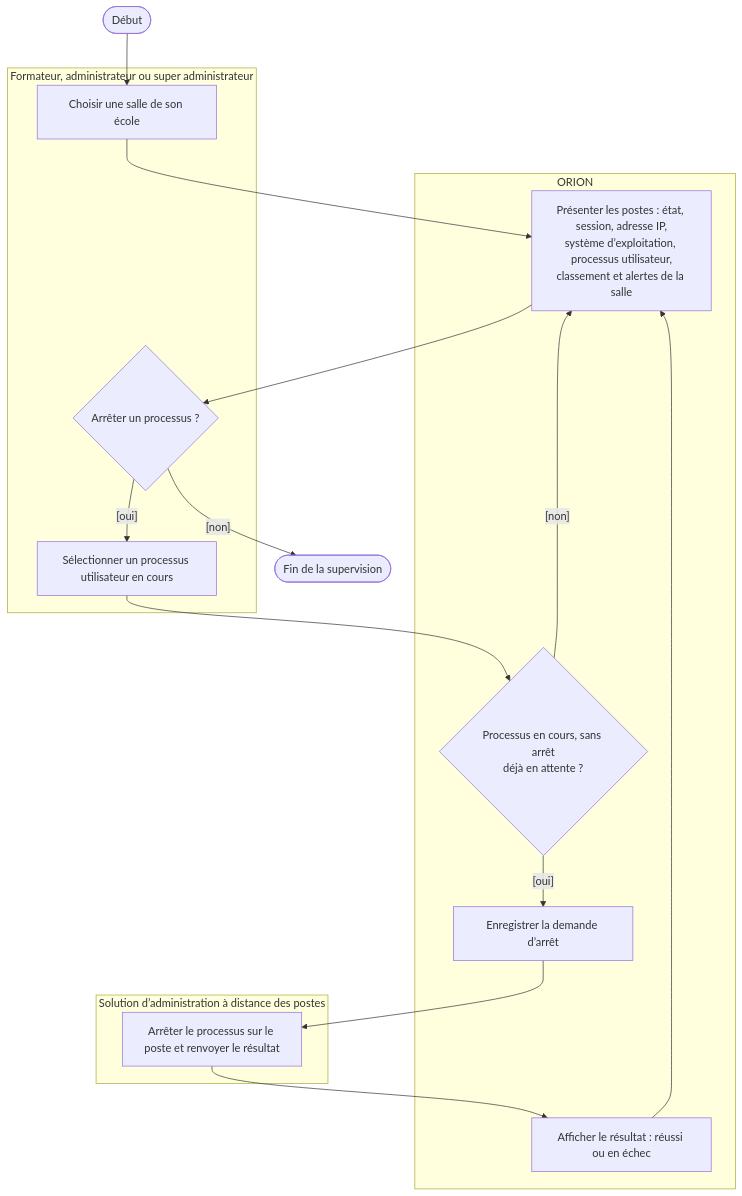
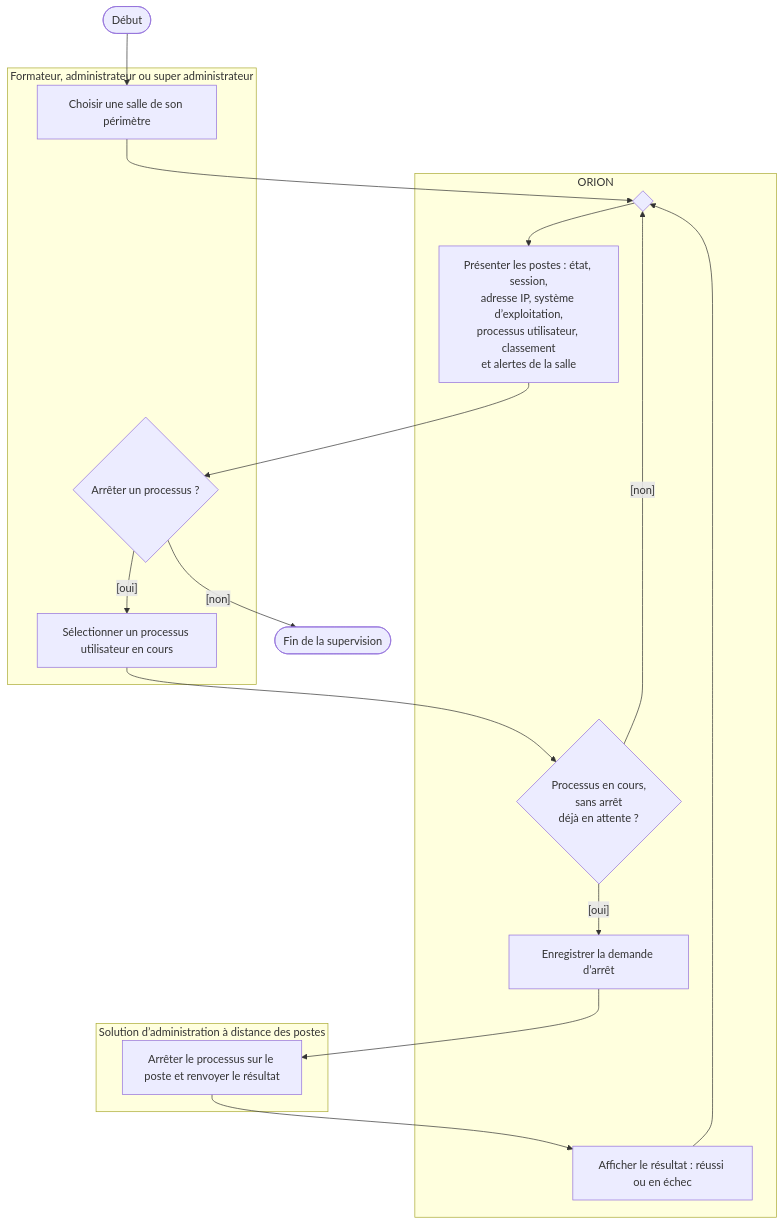
One commit to bpierrelouis/aster changed diagram 11 of 19 in docs/02-ANALYSE/02-CAPTURE-DES-BESOINS/08-DIAGRAMMES-ACTIVITE-CAS-UTILISATION.md. Above: the diagram before and after it, drawn with Mermaid. The commit also changed other lines of this file and 34 other files, not shown here.

First line of the commit message:
docs(diagrammes): aligner les diagrammes UML sur le code et les remettre en page

````diff
--- a/docs/02-ANALYSE/02-CAPTURE-DES-BESOINS/08-DIAGRAMMES-ACTIVITE-CAS-UTILISATION.md
+++ b/docs/02-ANALYSE/02-CAPTURE-DES-BESOINS/08-DIAGRAMMES-ACTIVITE-CAS-UTILISATION.md
@@ -350,28 +368,29 @@
 ```mermaid
 flowchart TD
     debut(["Début"])
     fin(["Fin de la supervision"])
 
     subgraph ACTEUR["Formateur, administrateur ou super administrateur"]
-        choisir["Choisir une salle de son école"]
+        choisir["Choisir une salle de son périmètre"]
         decider{"Arrêter un processus ?"}
         selectionner["Sélectionner un processus utilisateur en cours"]
     end
 
     subgraph SYSTEME["ORION"]
-        presenter["Présenter les postes : état, session, adresse IP,<br/>système d’exploitation, processus utilisateur,<br/>classement et alertes de la salle"]
-        attente{"Processus en cours, sans arrêt<br/>déjà en attente ?"}
+        fusionPresenter{" "}
+        presenter["Présenter les postes : état, session,<br/>adresse IP, système d’exploitation,<br/>processus utilisateur, classement<br/>et alertes de la salle"]
+        attente{"Processus en cours,<br/>sans arrêt<br/>déjà en attente ?"}
         enregistrer["Enregistrer la demande d’arrêt"]
         afficher["Afficher le résultat : réussi ou en échec"]
     end
 
     subgraph POSTES["Solution d’administration à distance des postes"]
         arreter["Arrêter le processus sur le poste et renvoyer le résultat"]
     end
 
-    debut --> choisir --> presenter --> decider
+    debut --> choisir --> fusionPresenter --> presenter --> decider
     decider -->|"[non]"| fin
     decider -->|"[oui]"| selectionner --> attente
-    attente -->|"[non]"| presenter
-    attente -->|"[oui]"| enregistrer --> arreter --> afficher --> presenter
+    attente -->|"[non]"| fusionPresenter
+    attente -->|"[oui]"| enregistrer --> arreter --> afficher --> fusionPresenter
 ```
````
